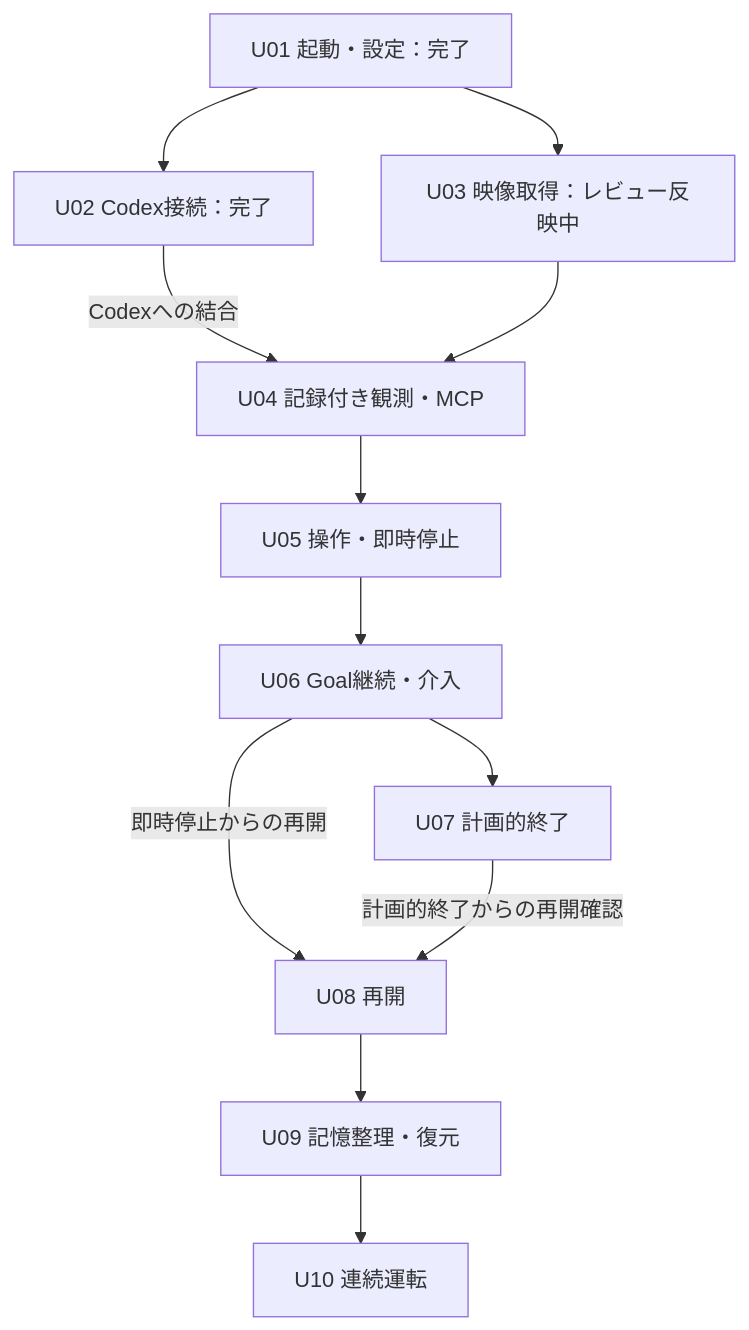
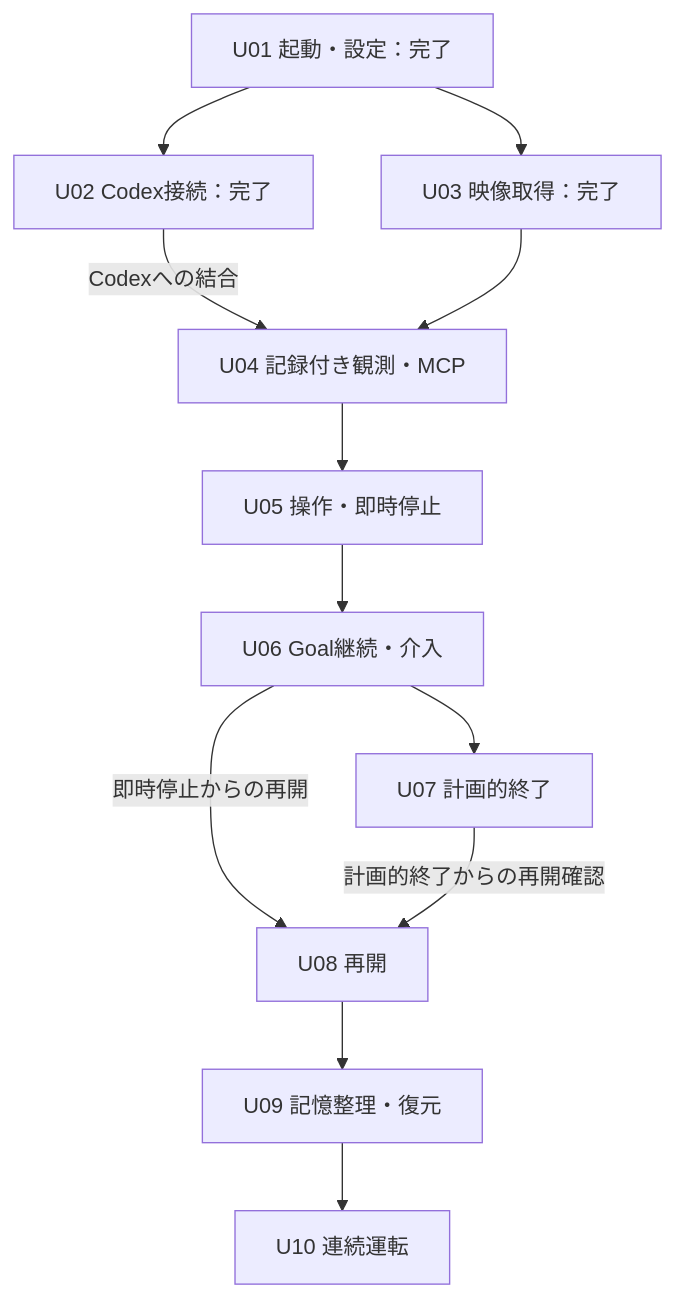
The diagram in spec/initial/05-implementation.md (niart120/Project_Gigas), drawn with Mermaid before and after one commit. The commit also changed other lines of this file and 11 other files, not shown here.

````diff
--- a/spec/initial/05-implementation.md
+++ b/spec/initial/05-implementation.md
@@ -51,14 +51,14 @@
 ```mermaid
 flowchart TD
     U01["U01 起動・設定：完了"] --> U02["U02 Codex接続：完了"]
-    U01 --> U03["U03 映像取得：レビュー反映中"]
+    U01 --> U03["U03 映像取得：完了"]
     U02 -->|"Codexへの結合"| U04["U04 記録付き観測・MCP"]
     U03 --> U04
     U04 --> U05["U05 操作・即時停止"]
     U05 --> U06["U06 Goal継続・介入"]
     U06 --> U07["U07 計画的終了"]
     U06 -->|"即時停止からの再開"| U08["U08 再開"]
     U07 -->|"計画的終了からの再開確認"| U08
     U08 --> U09["U09 記憶整理・復元"]
     U09 --> U10["U10 連続運転"]
 ```
````
